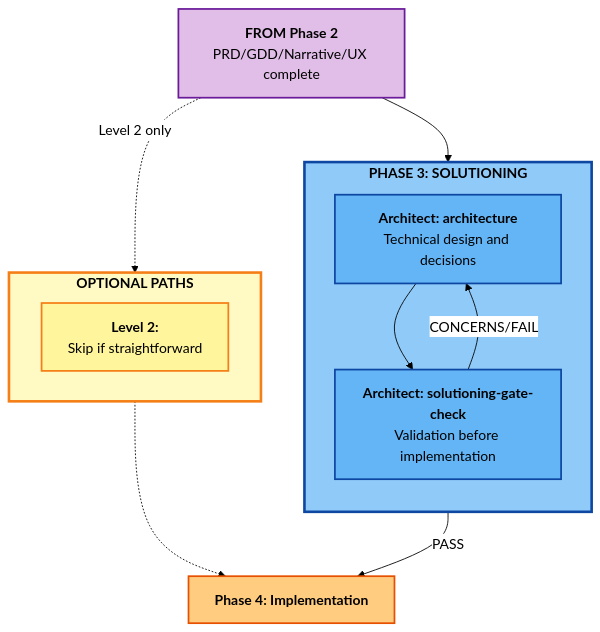
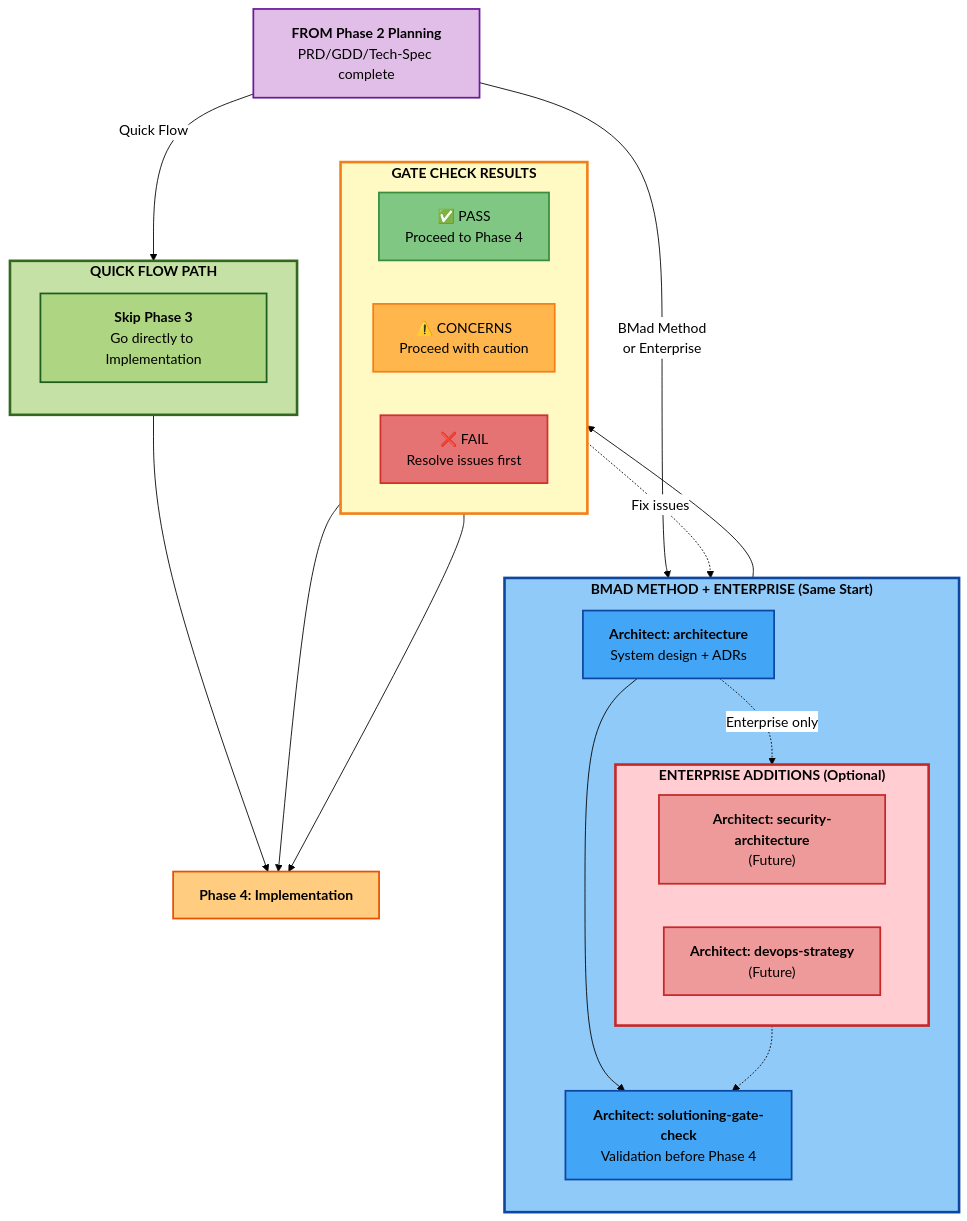
Before and after one commit to acita-gmbh/eaf: the diagram in bmad/bmm/docs/workflows-solutioning.md, drawn with Mermaid. The commit also changed other lines of this file and 80 other files, not shown here.

````diff
--- a/bmad/bmm/docs/workflows-solutioning.md
+++ b/bmad/bmm/docs/workflows-solutioning.md
@@ -13,32 +19,59 @@
 ```mermaid
 %%{init: {'theme':'base', 'themeVariables': { 'primaryColor':'#fff','primaryTextColor':'#000','primaryBorderColor':'#000','lineColor':'#000','fontSize':'16px','fontFamily':'arial'}}}%%
 graph TB
-    FromPRD["<b>FROM Phase 2</b><br/>PRD/GDD/Narrative/UX complete"]
+    FromPlanning["<b>FROM Phase 2 Planning</b><br/>PRD/GDD/Tech-Spec complete"]
 
-    subgraph Solutioning["<b>PHASE 3: SOLUTIONING</b>"]
+    subgraph QuickFlow["<b>QUICK FLOW PATH</b>"]
         direction TB
-        Architecture["<b>Architect: architecture</b><br/>Technical design and decisions"]
-        GateCheck["<b>Architect: solutioning-gate-check</b><br/>Validation before implementation"]
+        SkipArch["<b>Skip Phase 3</b><br/>Go directly to Implementation"]
     end
 
-    subgraph Optional["<b>OPTIONAL PATHS</b>"]
-        direction LR
-        Level2Skip["<b>Level 2:</b><br/>Skip if straightforward"]
+    subgraph BMadEnterprise["<b>BMAD METHOD + ENTERPRISE (Same Start)</b>"]
+        direction TB
+        Architecture["<b>Architect: architecture</b><br/>System design + ADRs"]
+
+        subgraph Optional["<b>ENTERPRISE ADDITIONS (Optional)</b>"]
+            direction LR
+            SecArch["<b>Architect: security-architecture</b><br/>(Future)"]
+            DevOps["<b>Architect: devops-strategy</b><br/>(Future)"]
+        end
+
+        GateCheck["<b>Architect: solutioning-gate-check</b><br/>Validation before Phase 4"]
+
+        Architecture -.->|Enterprise only| Optional
+        Architecture --> GateCheck
+        Optional -.-> GateCheck
     end
 
-    FromPRD --> Architecture
-    Architecture --> GateCheck
-    GateCheck -->|PASS| Phase4["<b>Phase 4: Implementation</b>"]
-    GateCheck -->|CONCERNS/FAIL| Architecture
-    FromPRD -.->|Level 2 only| Level2Skip
-    Level2Skip -.-> Phase4
+    subgraph Result["<b>GATE CHECK RESULTS</b>"]
+        direction LR
+        Pass["✅ PASS<br/>Proceed to Phase 4"]
+        Concerns["⚠️ CONCERNS<br/>Proceed with caution"]
+        Fail["❌ FAIL<br/>Resolve issues first"]
+    end
 
-    style FromPRD fill:#e1bee7,stroke:#6a1b9a,stroke-width:2px,color:#000
-    style Solutioning fill:#90caf9,stroke:#0d47a1,stroke-width:3px,color:#000
-    style Optional fill:#fff9c4,stroke:#f57f17,stroke-width:3px,color:#000
+    FromPlanning -->|Quick Flow| QuickFlow
+    FromPlanning -->|BMad Method<br/>or Enterprise| Architecture
+
+    QuickFlow --> Phase4["<b>Phase 4: Implementation</b>"]
+    GateCheck --> Result
+    Pass --> Phase4
+    Concerns --> Phase4
+    Fail -.->|Fix issues| Architecture
+
+    style FromPlanning fill:#e1bee7,stroke:#6a1b9a,stroke-width:2px,color:#000
+    style QuickFlow fill:#c5e1a5,stroke:#33691e,stroke-width:3px,color:#000
+    style BMadEnterprise fill:#90caf9,stroke:#0d47a1,stroke-width:3px,color:#000
+    style Optional fill:#ffcdd2,stroke:#c62828,stroke-width:3px,color:#000
+    style Result fill:#fff9c4,stroke:#f57f17,stroke-width:3px,color:#000
     style Phase4 fill:#ffcc80,stroke:#e65100,stroke-width:2px,color:#000
 
-    style Architecture fill:#64b5f6,stroke:#0d47a1,stroke-width:2px,color:#000
-    style GateCheck fill:#64b5f6,stroke:#0d47a1,stroke-width:2px,color:#000
-    style Level2Skip fill:#fff59d,stroke:#f57f17,stroke-width:2px,color:#000
+    style SkipArch fill:#aed581,stroke:#1b5e20,stroke-width:2px,color:#000
+    style Architecture fill:#42a5f5,stroke:#0d47a1,stroke-width:2px,color:#000
+    style SecArch fill:#ef9a9a,stroke:#c62828,stroke-width:2px,color:#000
+    style DevOps fill:#ef9a9a,stroke:#c62828,stroke-width:2px,color:#000
+    style GateCheck fill:#42a5f5,stroke:#0d47a1,stroke-width:2px,color:#000
+    style Pass fill:#81c784,stroke:#388e3c,stroke-width:2px,color:#000
+    style Concerns fill:#ffb74d,stroke:#f57f17,stroke-width:2px,color:#000
+    style Fail fill:#e57373,stroke:#d32f2f,stroke-width:2px,color:#000
 ```
````
